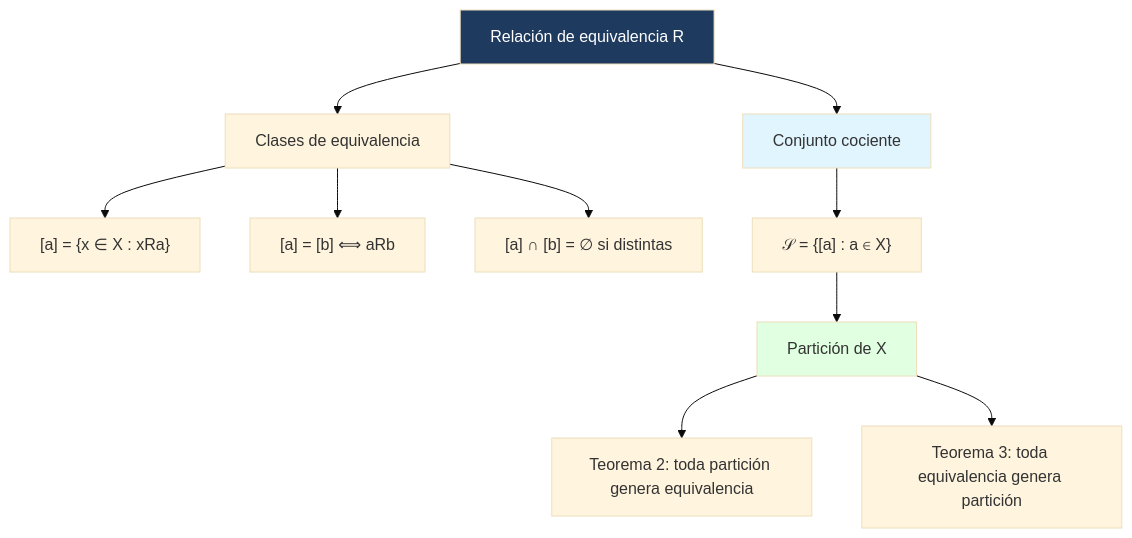
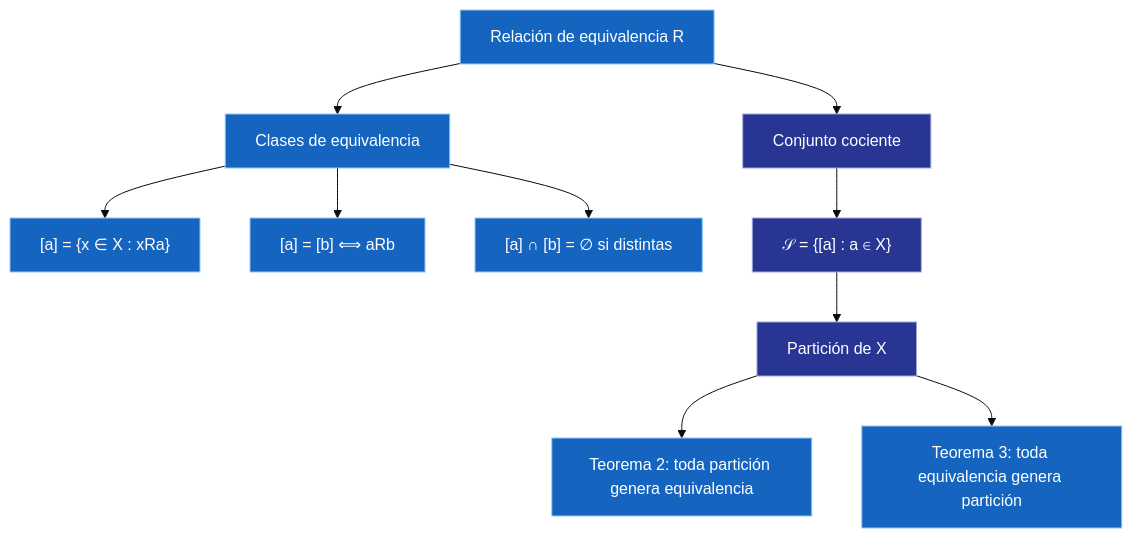
Before and after one commit to Fsteven22/Notas-ESPOL: the diagram in src/site/notes/Universidad/3er Semestre/Matemáticas Discretas/Unidad 2 - Funciones y Relaciones/03 - Propiedades y Equivalencia.md, drawn with Mermaid (base theme). The commit also changed other lines of this file and 79 other files, not shown here.

````diff
--- a/src/site/notes/Universidad/3er Semestre/Matemáticas Discretas/Unidad 2 - Funciones y Relaciones/03 - Propiedades y Equivalencia.md
+++ b/src/site/notes/Universidad/3er Semestre/Matemáticas Discretas/Unidad 2 - Funciones y Relaciones/03 - Propiedades y Equivalencia.md
@@ -189,16 +195,23 @@
 ```mermaid
 graph TD
     A[Relación de equivalencia R] --> B[Clases de equivalencia]
     B --> C["[a] = {x ∈ X : xRa}"]
     B --> D["[a] = [b] ⟺ aRb"]
     B --> E["[a] ∩ [b] = ∅ si distintas"]
     A --> F[Conjunto cociente]
     F --> G["𝒮 = {[a] : a ∈ X}"]
     G --> H[Partición de X]
     H --> I[Teorema 2: toda partición genera equivalencia]
     H --> J[Teorema 3: toda equivalencia genera partición]
+    style A fill:#1565C0,color:#FFFFFF,stroke:#90CAF9,stroke-width:1px
+    style B fill:#1565C0,color:#FFFFFF,stroke:#90CAF9,stroke-width:1px
+    style C fill:#1565C0,color:#FFFFFF,stroke:#90CAF9,stroke-width:1px
+    style D fill:#1565C0,color:#FFFFFF,stroke:#90CAF9,stroke-width:1px
+    style E fill:#1565C0,color:#FFFFFF,stroke:#90CAF9,stroke-width:1px
+    style F fill:#283593,color:#FFFFFF,stroke:#9FA8DA,stroke-width:1px
+    style G fill:#283593,color:#FFFFFF,stroke:#9FA8DA,stroke-width:1px
+    style H fill:#283593,color:#FFFFFF,stroke:#9FA8DA,stroke-width:1px
+    style I fill:#1565C0,color:#FFFFFF,stroke:#90CAF9,stroke-width:1px
+    style J fill:#1565C0,color:#FFFFFF,stroke:#90CAF9,stroke-width:1px
 
-    style A fill:#1e3a5f,color:#fff
-    style F fill:#e1f5ff
-    style H fill:#e1ffe1
 ```
````
